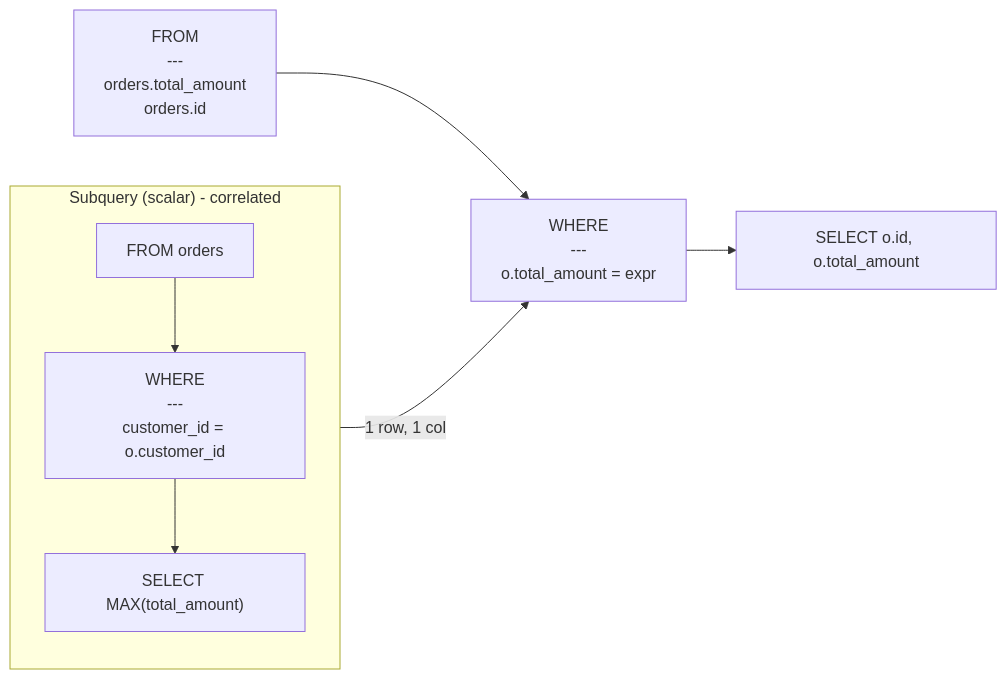
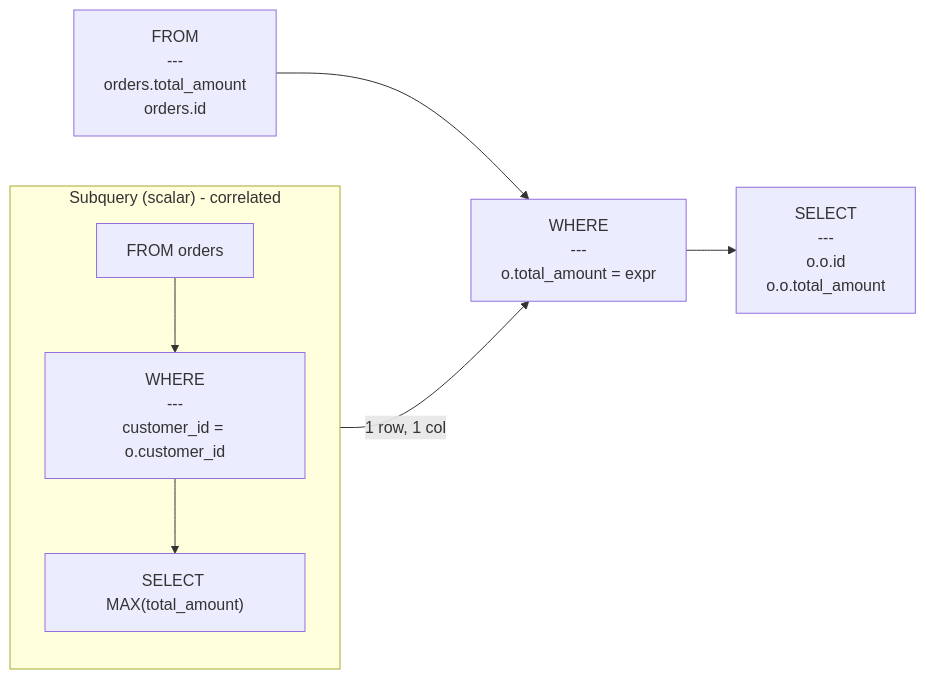
One commit to rot1024/sqloflow changed the diagram in examples/subquery_scalar.mmd. Above: the diagram before and after it, drawn with Mermaid. The commit also changed 42 other files, not shown here.

```diff
--- a/examples/subquery_scalar.mmd
+++ b/examples/subquery_scalar.mmd
@@ -1,15 +1,15 @@
 flowchart LR
     node_0["FROM<br/>---<br/>orders.total_amount<br/>orders.id"]
     node_1["WHERE<br/>---<br/>o.total_amount = expr"]
     subgraph subquery_node_2 ["Subquery (scalar) - correlated"]
         direction TB
         subq_0_node_0[FROM orders]
         subq_0_node_1["WHERE<br/>---<br/>customer_id = o.customer_id"]
         subq_0_node_2["SELECT MAX(total_amount)"]
         subq_0_node_0 --> subq_0_node_1
         subq_0_node_1 --> subq_0_node_2
     end
     subq_0_node_2 -->|1 row, 1 col| node_1
-    node_3["SELECT o.id, o.total_amount"]
+    node_3["SELECT<br/>---<br/>o.o.id<br/>o.o.total_amount"]
     node_0 --> node_1
     node_1 --> node_3
```
